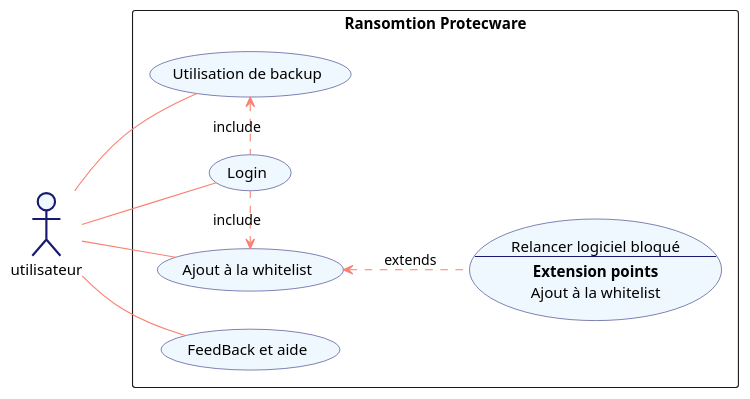
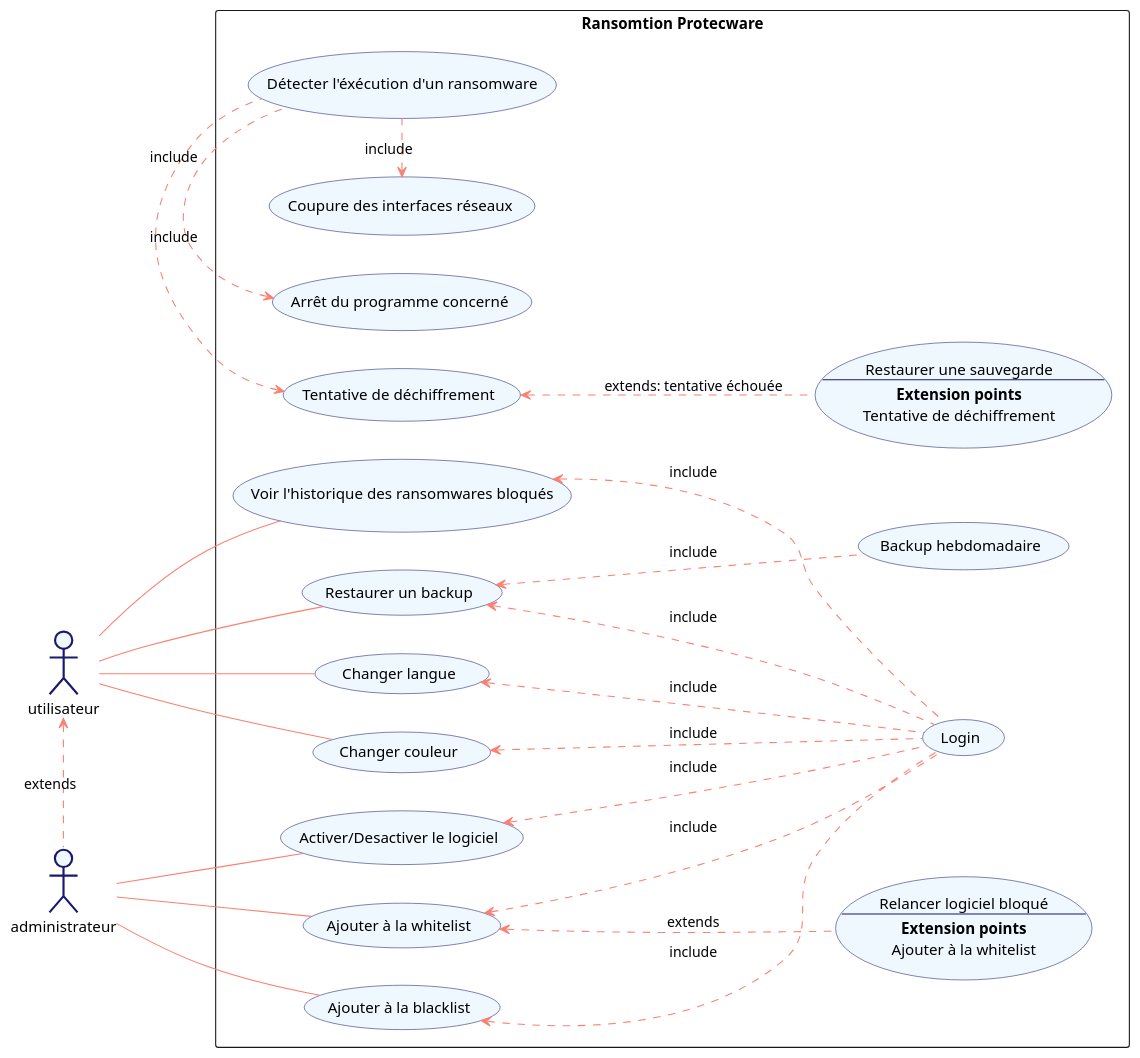
The diagram in uml_diagram.iuml (Nexliath/Ransomtion-Protecware), drawn with PlantUML before and after one commit.

Commit message:
update uml diagram

```diff
--- a/uml_diagram.iuml
+++ b/uml_diagram.iuml
@@ -1,27 +1,50 @@
 @startuml
 skinparam usecase {
 BackgroundColor AliceBlue
 BorderColor MidnightBlue
 ArrowColor Salmon
 }
 
 left to right direction
 
-actor utilisateur #AliceBlue;line:MidnightBlue;line.bold;text:Black
+utilisateur #AliceBlue;line:MidnightBlue;line.bold;text:Black
+administrateur #AliceBlue;line:MidnightBlue;line.bold;text:Black
+utilisateur <.right. administrateur : extends
 
 rectangle "Ransomtion Protecware" {
-  :utilisateur: -- (Login)
-  :utilisateur: -- (Utilisation de backup)
-  (Login) .left.> (Utilisation de backup) : include
-  :utilisateur: -- (Ajout à la whitelist)
-  (Login) .right.> (Ajout à la whitelist) : include
+  :utilisateur: -- (Changer langue)
+  (Login) .up.> (Changer langue) : include
+  :utilisateur: -- (Voir l'historique des ransomwares bloqués)
+  (Login) .up.> (Voir l'historique des ransomwares bloqués) : include
+  :utilisateur: -- (Changer couleur)
+  (Login) .up.> (Changer couleur) : include
+  :utilisateur: -- (Restaurer un backup)
+  (Login) .up.> (Restaurer un backup) : include
+  (Restaurer un backup) <.down. (Backup hebdomadaire) : include
+
+  :administrateur: -- (Activer/Desactiver le logiciel)
+  (Login) .up.> (Activer/Desactiver le logiciel) : include
+  :administrateur: -- (Ajouter à la blacklist)
+  (Login) .up.> (Ajouter à la blacklist) : include
   usecase UC1 as "Relancer logiciel bloqué
   --
   **Extension points**
-  Ajout à la whitelist
+  Ajouter à la whitelist
   "
-  (Ajout à la whitelist) <.down. UC1 : extends
-  :utilisateur: -- (FeedBack et aide)
+  (Ajouter à la whitelist) <.down. UC1 : extends
+  (Login) .up.> (Ajouter à la whitelist) : include
+  :administrateur: -- (Ajouter à la whitelist)
+
+  (Détecter l'éxécution d'un ransomware) .left.> (Coupure des interfaces réseaux) : include
+  (Détecter l'éxécution d'un ransomware) .left.> (Arrêt du programme concerné) : include
+  (Détecter l'éxécution d'un ransomware) .left.> (Tentative de déchiffrement) : include
+  usecase UC2 as "Restaurer une sauvegarde
+  --
+  **Extension points**
+  Tentative de déchiffrement
+  "
+  (Tentative de déchiffrement) <.down. UC2 : extends: tentative échouée
+
 
 }
 @enduml
```
